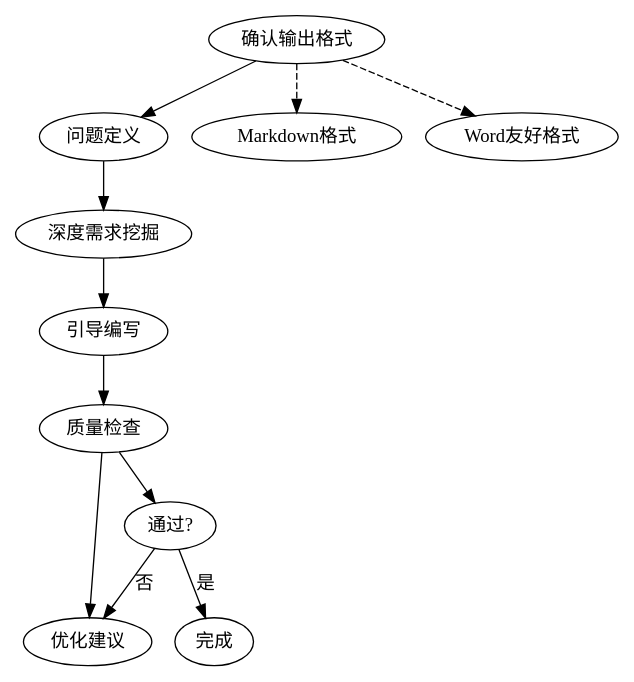
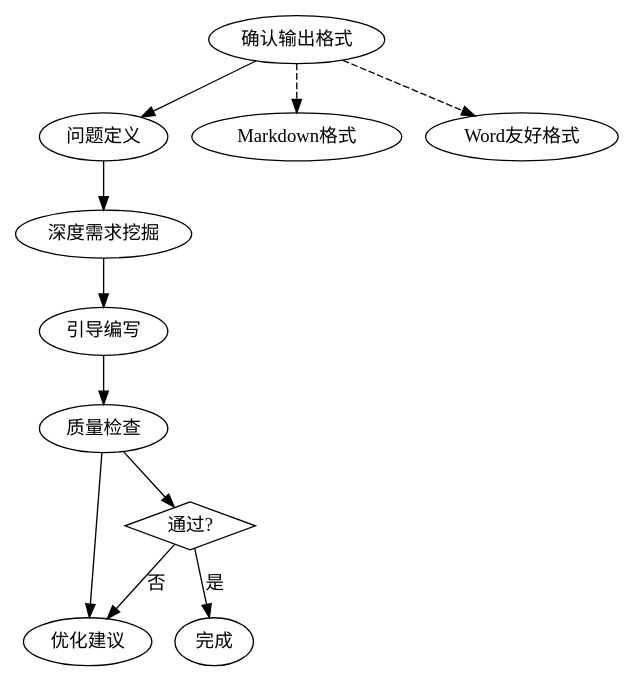
The diagram in SKILL.md (HUHU19961014/Trs-prd-skill), drawn with Graphviz before and after one commit. The commit also changed other lines of this file and 5 other files, not shown here.

````diff
--- a/SKILL.md
+++ b/SKILL.md
@@ -57,11 +58,12 @@
 ```dot
 digraph workflow {
     rankdir=TB;
     "确认输出格式" -> "问题定义" -> "深度需求挖掘" -> "引导编写" -> "质量检查" -> "优化建议";
     "确认输出格式" -> "Markdown格式" [style=dashed];
     "确认输出格式" -> "Word友好格式" [style=dashed];
-    "质量检查" -> "通过?" [shape=diamond];
+    "通过?" [shape=diamond];
+    "质量检查" -> "通过?";
     "通过?" -> "优化建议" [label="否"];
     "通过?" -> "完成" [label="是"];
 }
 ```
````
